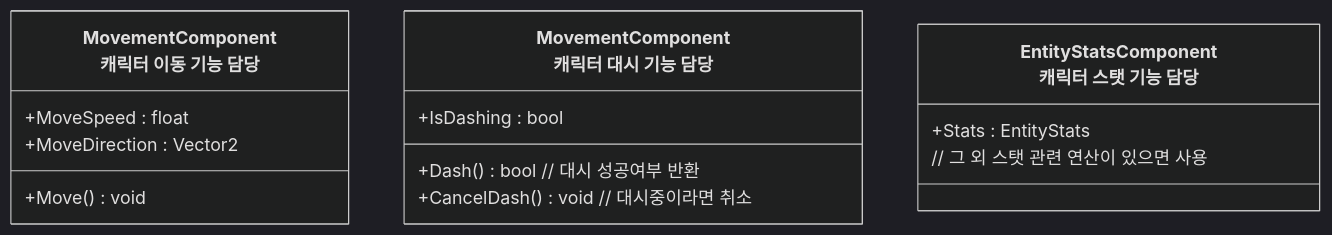
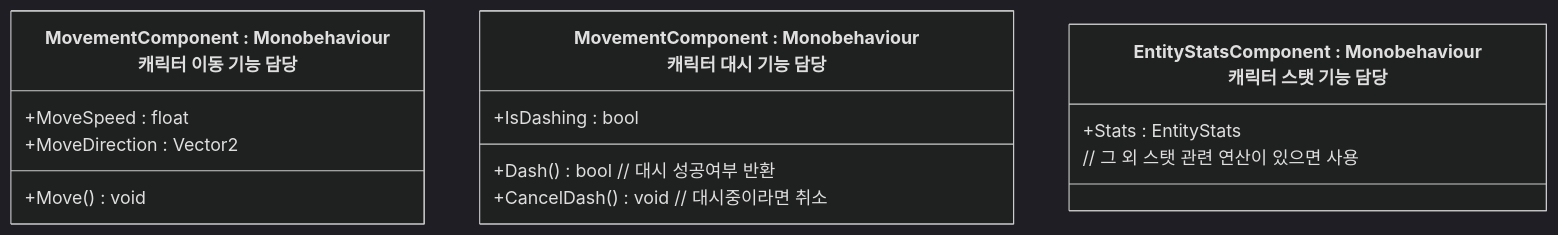
Before and after one commit to JIN5EOK/DungeonShooter: the second of 6 diagrams in README/Entity_설계.md, drawn with Mermaid (dark theme). The commit also changed other lines of this file and 10 other files, not shown here.

````diff
--- a/README/Entity_설계.md
+++ b/README/Entity_설계.md
@@ -24,17 +24,17 @@
 ```mermaid
 classDiagram
-    class MovementComponent["MovementComponent<br>캐릭터 이동 기능 담당"]{
+    class MovementComponent["MovementComponent : Monobehaviour<br>캐릭터 이동 기능 담당"]{
         +MoveSpeed : float
         +MoveDirection : Vector2
         +Move() void
     }
-    class DashComponent["MovementComponent<br>캐릭터 대시 기능 담당"]{
+    class DashComponent["MovementComponent : Monobehaviour<br>캐릭터 대시 기능 담당"]{
         +IsDashing : bool
         +Dash() bool // 대시 성공여부 반환
         +CancelDash() void // 대시중이라면 취소
     }
-    class EntityStatsComponent["EntityStatsComponent<br>캐릭터 스탯 기능 담당"]{
+    class EntityStatsComponent["EntityStatsComponent : Monobehaviour<br>캐릭터 스탯 기능 담당"]{
         +Stats : EntityStats
         // 그 외 스탯 관련 연산이 있으면 사용
     }
 ```
````
